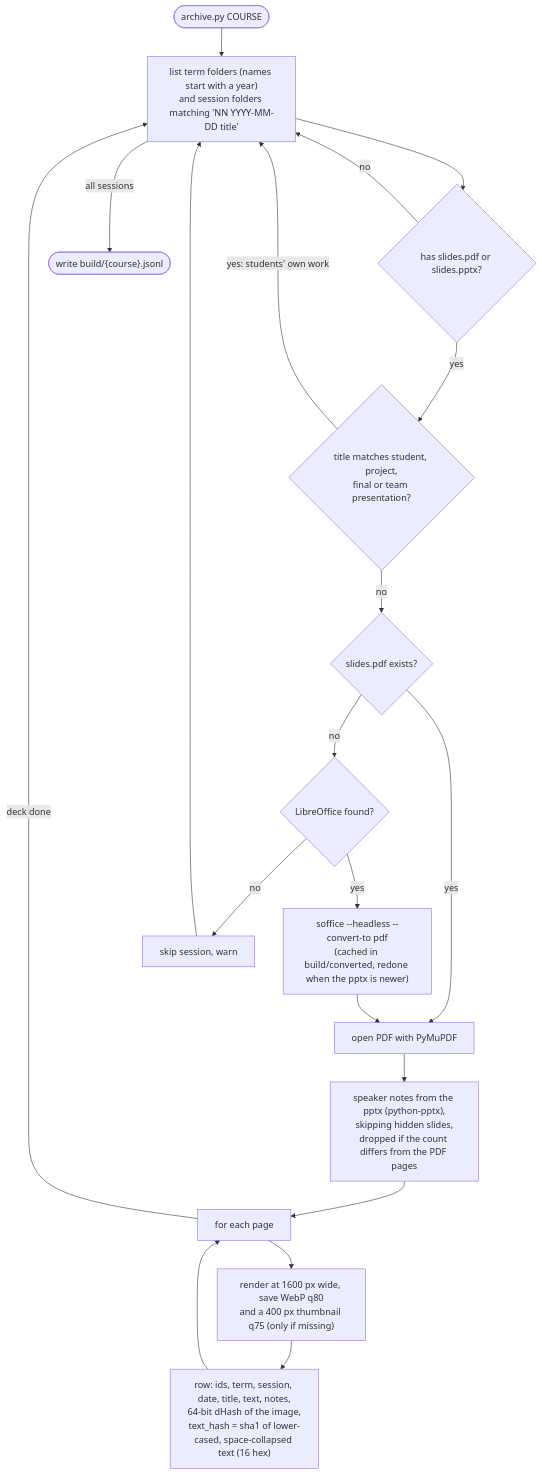
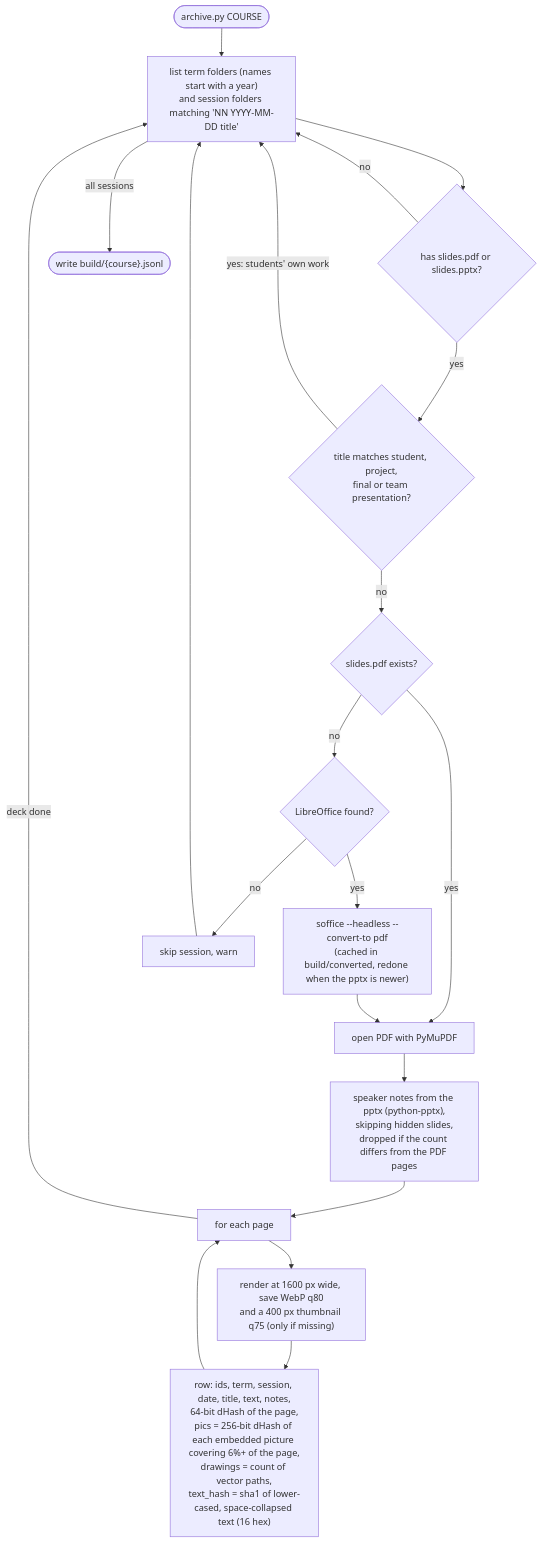
The ninth of 20 diagrams in README.md (bcollier/slide-finder), drawn with Mermaid before and after one commit. The commit also changed other lines of this file, not shown here.

First line of the commit message:
README: counts, grouping rule and scores after regrouping by embedded pictures

````diff
--- a/README.md
+++ b/README.md
@@ -777,20 +785,20 @@
 ```mermaid
 flowchart TB
     start([archive.py COURSE]) --> L["list term folders (names start with a year)<br/>and session folders matching 'NN YYYY-MM-DD title'"]
     L --> H{"has slides.pdf or slides.pptx?"}
     H -- no --> L
     H -- yes --> SK{"title matches student, project,<br/>final or team presentation?"}
     SK -- "yes: students' own work" --> L
     SK -- no --> P{"slides.pdf exists?"}
     P -- yes --> OPEN["open PDF with PyMuPDF"]
     P -- no --> LO{"LibreOffice found?"}
     LO -- yes --> CONV["soffice --headless --convert-to pdf<br/>(cached in build/converted, redone when the pptx is newer)"] --> OPEN
     LO -- no --> SKIP["skip session, warn"] --> L
     OPEN --> NOTES["speaker notes from the pptx (python-pptx),<br/>skipping hidden slides,<br/>dropped if the count differs from the PDF pages"]
     NOTES --> PG["for each page"]
     PG --> RENDER["render at 1600 px wide, save WebP q80<br/>and a 400 px thumbnail q75 (only if missing)"]
-    RENDER --> ROW["row: ids, term, session, date, title, text, notes,<br/>64-bit dHash of the image,<br/>text_hash = sha1 of lower-cased, space-collapsed text (16 hex)"]
+    RENDER --> ROW["row: ids, term, session, date, title, text, notes,<br/>64-bit dHash of the page,<br/>pics = 256-bit dHash of each embedded picture covering 6%+ of the page,<br/>drawings = count of vector paths,<br/>text_hash = sha1 of lower-cased, space-collapsed text (16 hex)"]
     ROW --> PG
     PG -- "deck done" --> L
     L -- "all sessions" --> OUT(["write build/{course}.jsonl"])
 ```
````
